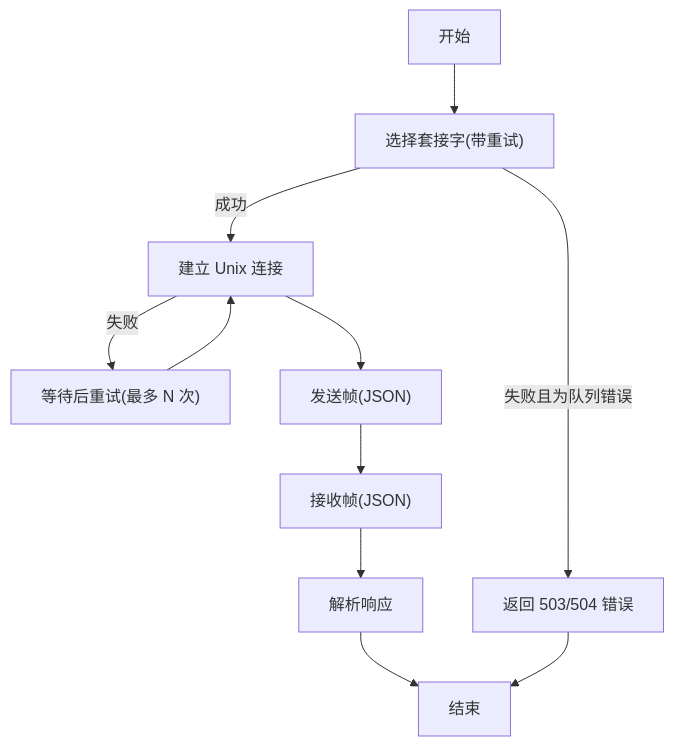
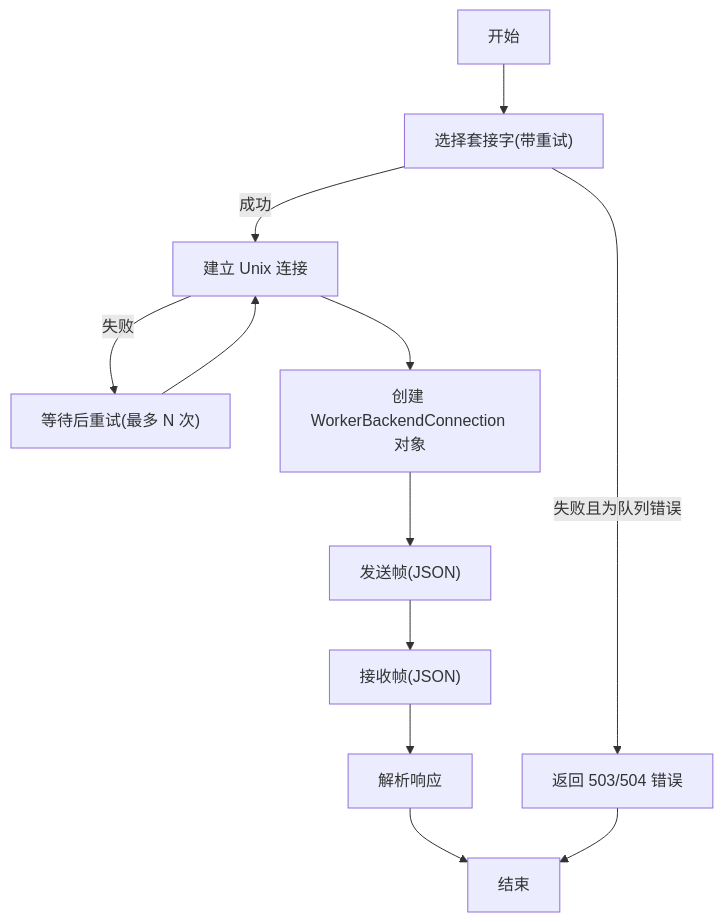
The sixth of 7 diagrams in .qoder/repowiki/zh/content/传输层处理/工作进程通信协议.md (guweigang/vhttpd), drawn with Mermaid before and after one commit. The commit also changed other lines of this file and 54 other files, not shown here.

````diff
--- a/.qoder/repowiki/zh/content/传输层处理/工作进程通信协议.md
+++ b/.qoder/repowiki/zh/content/传输层处理/工作进程通信协议.md
@@ -206,12 +261,13 @@
 ```mermaid
 flowchart TD
 S["开始"] --> QSel["选择套接字(带重试)"]
 QSel --> |成功| Connect["建立 Unix 连接"]
 QSel --> |失败且为队列错误| R503["返回 503/504 错误"]
 Connect --> |失败| Retry["等待后重试(最多 N 次)"] --> Connect
-Connect --> Send["发送帧(JSON)"]
+Connect --> CreateConn["创建 WorkerBackendConnection 对象"]
+CreateConn --> Send["发送帧(JSON)"]
 Send --> Recv["接收帧(JSON)"]
 Recv --> Parse["解析响应"]
 Parse --> Done["结束"]
 R503 --> Done
 ```
````
